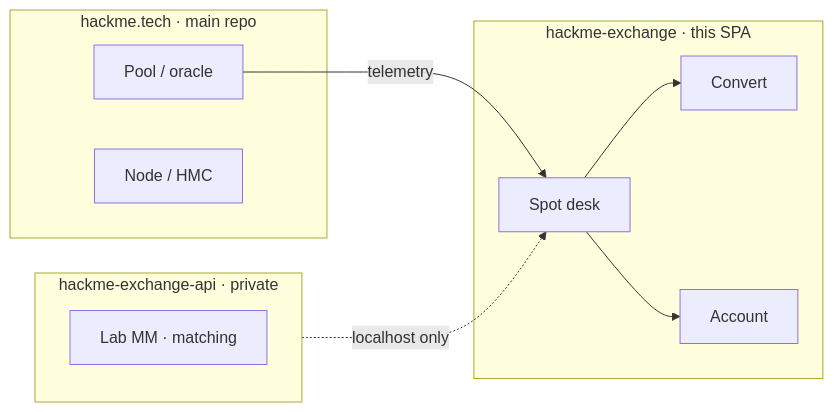
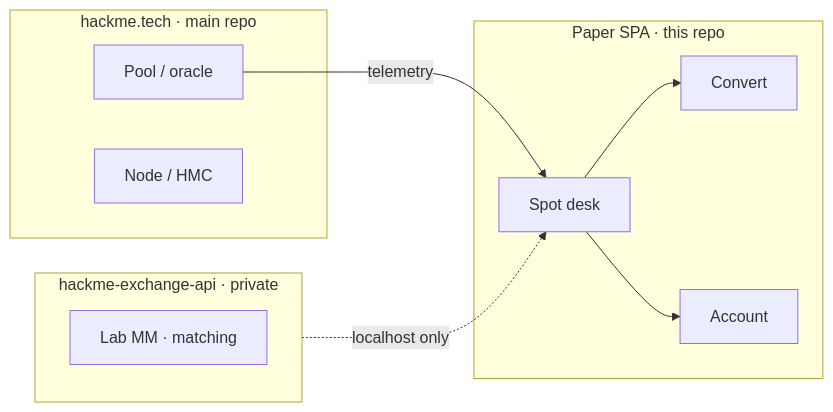
Before and after one commit to jokeez/hackme-exchange: the diagram in README.md, drawn with Mermaid. The commit also changed other lines of this file and 13 other files, not shown here.

First line of the commit message:
Polish repo docs and scripts for D0 paper release.

````diff
--- a/README.md
+++ b/README.md
@@ -56,19 +56,19 @@
 ```mermaid
 flowchart LR
   subgraph hub["hackme.tech · main repo"]
     POOL["Pool / oracle"]
     NODE["Node / HMC"]
   end
-  subgraph ex["hackme-exchange · this SPA"]
+  subgraph ex["Paper SPA · this repo"]
     SPOT["Spot desk"]
     CV["Convert"]
     ACCT["Account"]
   end
   subgraph lab["hackme-exchange-api · private"]
     MM["Lab MM · matching"]
   end
   POOL -->|telemetry| SPOT
   SPOT --> CV
   SPOT --> ACCT
   lab -.->|localhost only| SPOT
 ```
````
